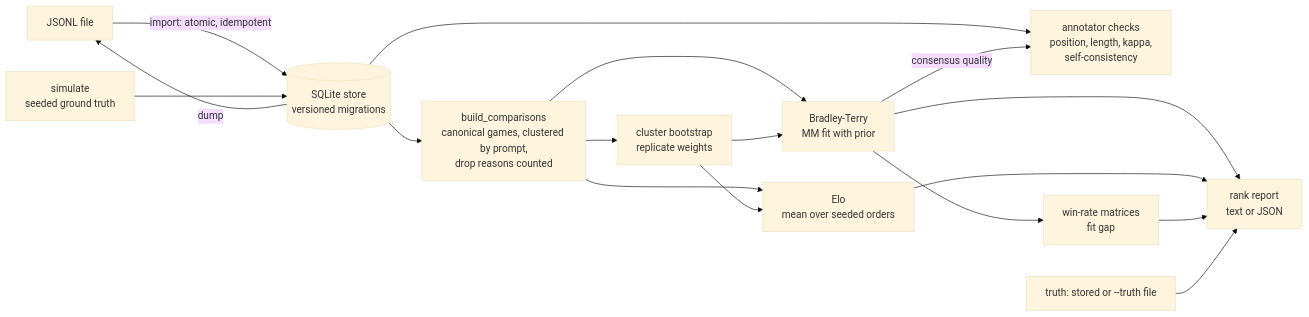
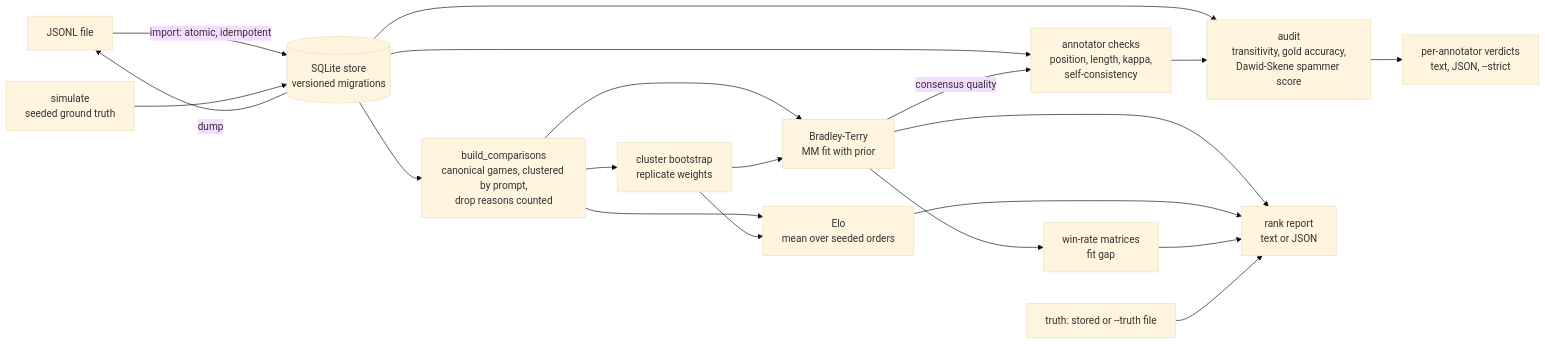
One commit to vipul21435/prefpairs changed the diagram in README.md. Above: the diagram before and after it, drawn with Mermaid (base theme). The commit also changed other lines of this file and 1 other file, not shown here.

First line of the commit message:
docs: document the audit and mark slice 4 done

````diff
--- a/README.md
+++ b/README.md
@@ -174,19 +226,22 @@
 ```mermaid
 flowchart LR
     J[JSONL file] -->|import: atomic, idempotent| S[(SQLite store<br/>versioned migrations)]
     G[simulate<br/>seeded ground truth] --> S
     S -->|dump| J
     S --> C[build_comparisons<br/>canonical games, clustered by prompt,<br/>drop reasons counted]
     C --> BT[Bradley-Terry<br/>MM fit with prior]
     S --> Q[annotator checks<br/>position, length, kappa,<br/>self-consistency]
     BT -->|consensus quality| Q
+    S --> A[audit<br/>transitivity, gold accuracy,<br/>Dawid-Skene spammer score]
+    Q --> A
+    A --> V[per-annotator verdicts<br/>text, JSON, --strict]
     C --> E[Elo<br/>mean over seeded orders]
     C --> B[cluster bootstrap<br/>replicate weights]
     B --> BT
     B --> E
     BT --> W[win-rate matrices<br/>fit gap]
     BT --> R[rank report<br/>text or JSON]
     E --> R
     W --> R
     T[truth: stored or --truth file] --> R
 ```
````
